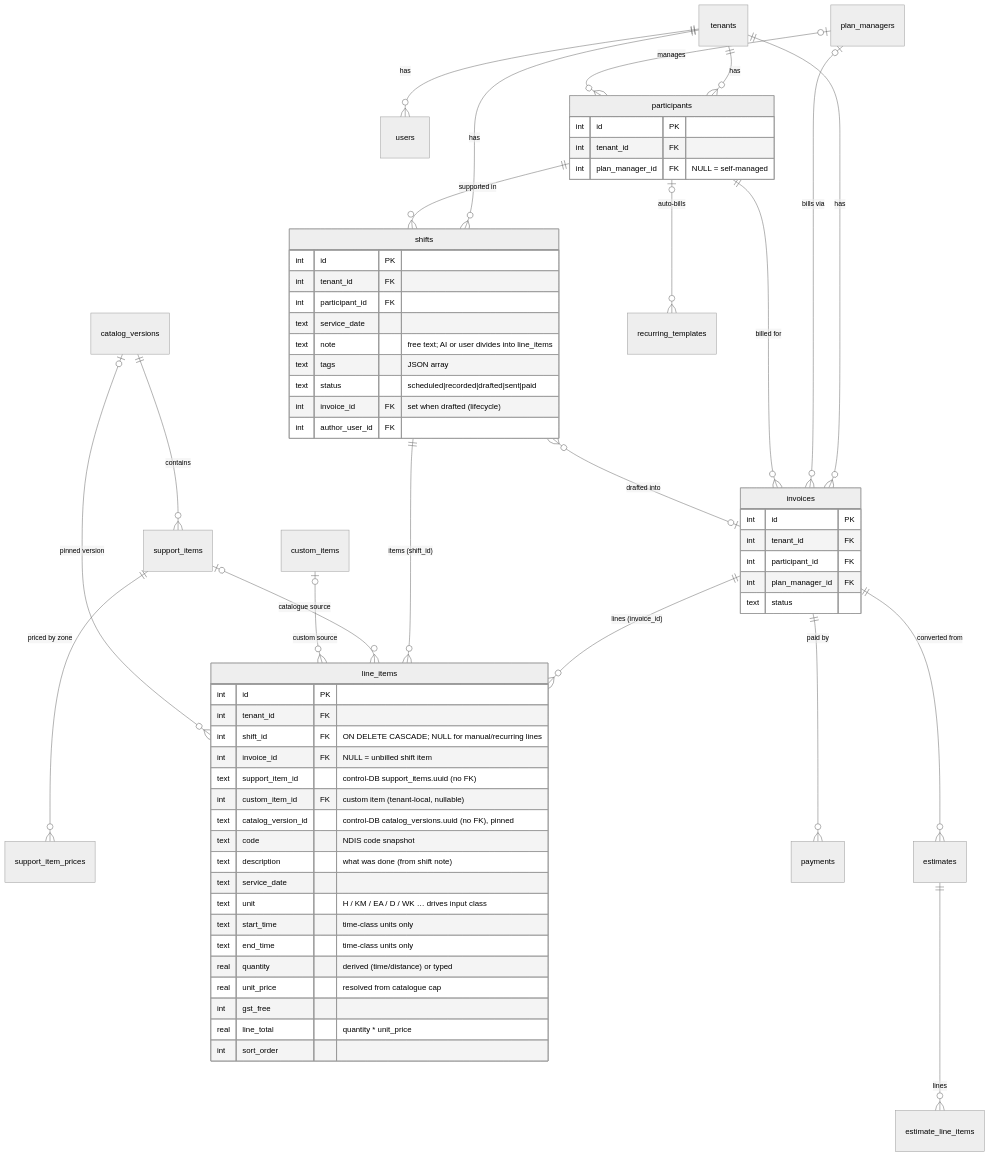
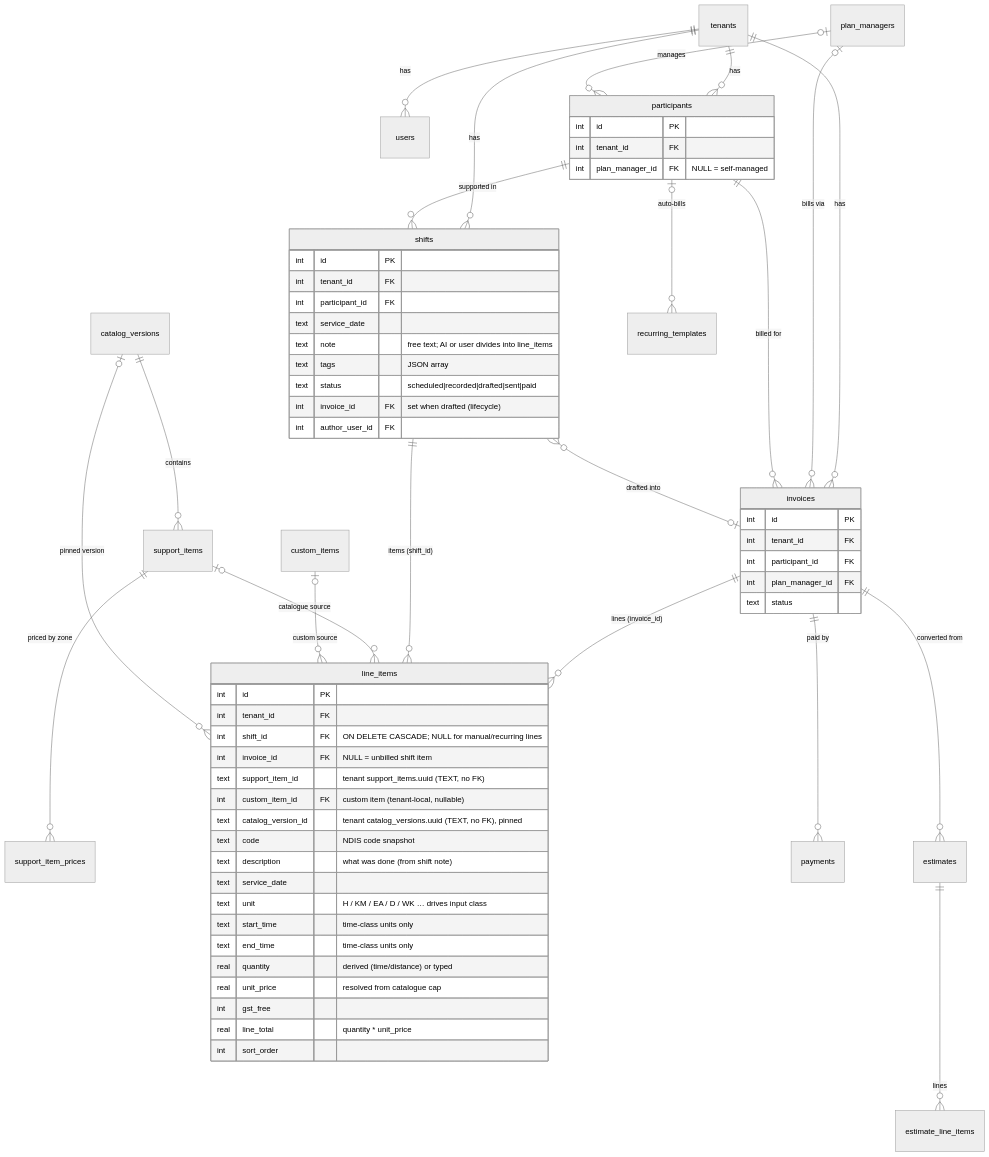
One commit to dknathalage/tallyo changed the diagram in docs/data-model.md. Above: the diagram before and after it, drawn with Mermaid (neutral theme). The commit also changed other lines of this file and 1 other file, not shown here.

First line of the commit message:
docs: catalogue tenant-owned + uuid addressing (data-model + CLAUDE.md)

````diff
--- a/docs/data-model.md
+++ b/docs/data-model.md
@@ -27,74 +29,74 @@
 ```mermaid
 erDiagram
     tenants ||--o{ users : has
     tenants ||--o{ participants : has
     tenants ||--o{ invoices : has
     tenants ||--o{ shifts : has
 
     plan_managers |o--o{ participants : manages
     plan_managers |o--o{ invoices : "bills via"
     participants ||--o{ shifts : "supported in"
     participants ||--o{ invoices : "billed for"
 
     catalog_versions ||--o{ support_items : contains
     support_items ||--o{ support_item_prices : "priced by zone"
 
     invoices ||--o{ line_items : "lines (invoice_id)"
     shifts   ||--o{ line_items : "items (shift_id)"
     shifts   }o--o| invoices : "drafted into"
     support_items |o--o{ line_items : "catalogue source"
     custom_items  |o--o{ line_items : "custom source"
     catalog_versions |o--o{ line_items : "pinned version"
 
     invoices ||--o{ payments : "paid by"
     invoices ||--o{ estimates : "converted from"
     estimates ||--o{ estimate_line_items : lines
     participants |o--o{ recurring_templates : "auto-bills"
 
     line_items {
         int     id PK
         int     tenant_id FK
         int     shift_id   FK "ON DELETE CASCADE; NULL for manual/recurring lines"
         int     invoice_id FK "NULL = unbilled shift item"
-        text    support_item_id "control-DB support_items.uuid (no FK)"
+        text    support_item_id "tenant support_items.uuid (TEXT, no FK)"
         int     custom_item_id  FK "custom item (tenant-local, nullable)"
-        text    catalog_version_id "control-DB catalog_versions.uuid (no FK), pinned"
+        text    catalog_version_id "tenant catalog_versions.uuid (TEXT, no FK), pinned"
         text    code "NDIS code snapshot"
         text    description "what was done (from shift note)"
         text    service_date
         text    unit "H / KM / EA / D / WK … drives input class"
         text    start_time "time-class units only"
         text    end_time   "time-class units only"
         real    quantity "derived (time/distance) or typed"
         real    unit_price "resolved from catalogue cap"
         int     gst_free
         real    line_total "quantity * unit_price"
         int     sort_order
     }
 
     shifts {
         int  id PK
         int  tenant_id FK
         int  participant_id FK
         text service_date
         text note "free text; AI or user divides into line_items"
         text tags "JSON array"
         text status "scheduled|recorded|drafted|sent|paid"
         int  invoice_id FK "set when drafted (lifecycle)"
         int  author_user_id FK
     }
 
     invoices {
         int  id PK
         int  tenant_id FK
         int  participant_id FK
         int  plan_manager_id FK
         text status
     }
 
     participants {
         int  id PK
         int  tenant_id FK
         int  plan_manager_id FK "NULL = self-managed"
     }
 ```
````
